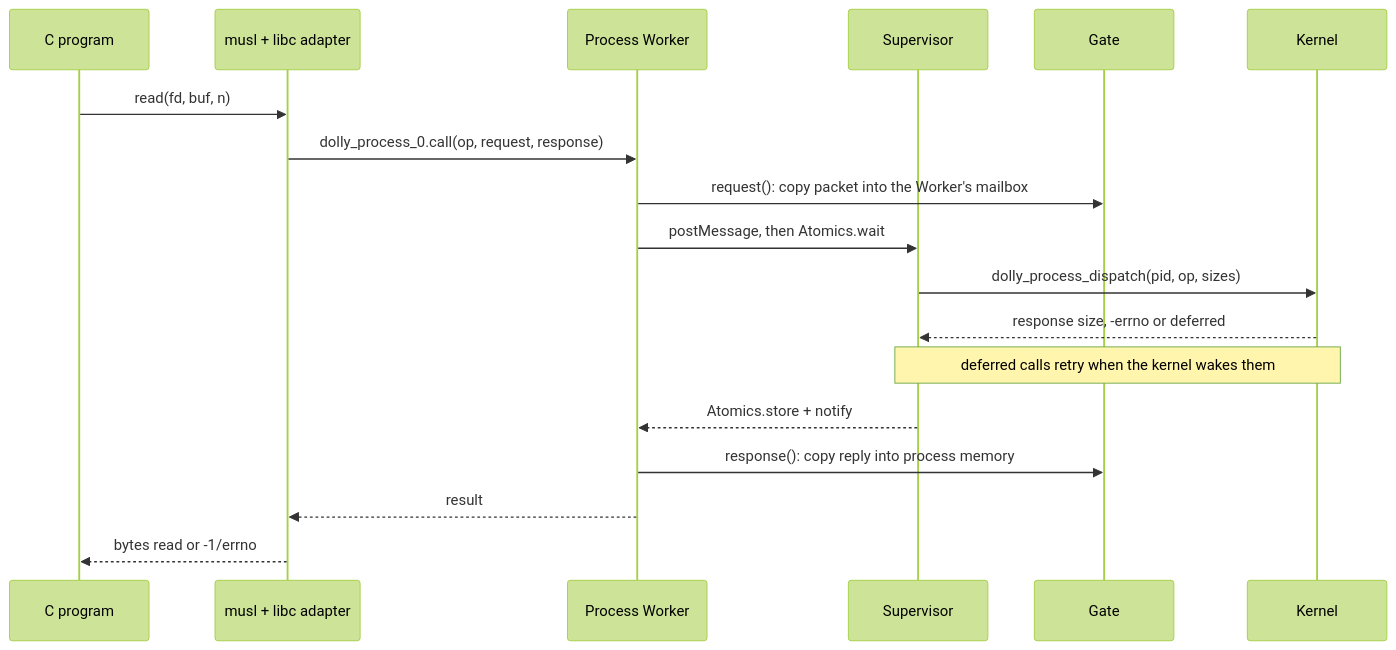
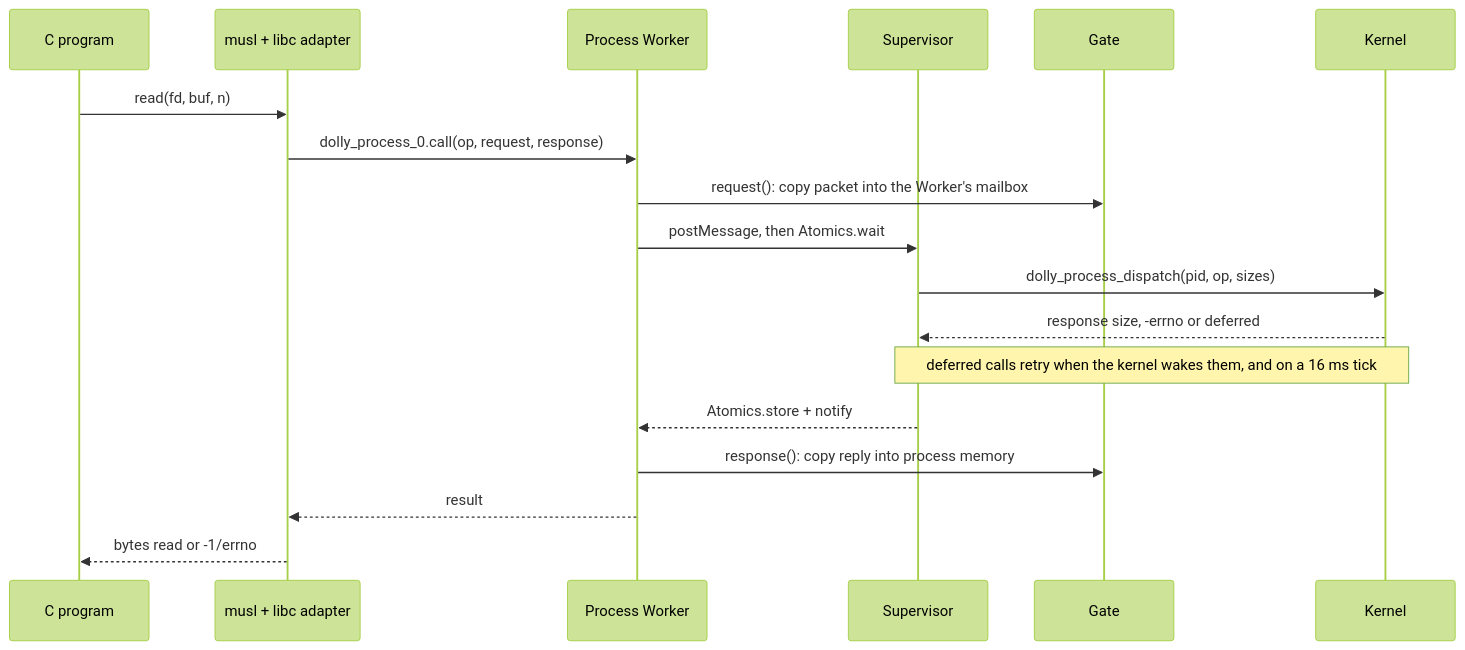
Before and after one commit to daugasauron/dolly: the second of 3 diagrams in docs/architecture.md, drawn with Mermaid (forest theme). The commit also changed other lines of this file and 21 other files, not shown here.

````diff
--- a/docs/architecture.md
+++ b/docs/architecture.md
@@ -65,20 +65,20 @@
 ```mermaid
 sequenceDiagram
   participant P as C program
   participant L as musl + libc adapter
   participant W as Process Worker
   participant S as Supervisor
   participant G as Gate
   participant K as Kernel
   P->>L: read(fd, buf, n)
   L->>W: dolly_process_0.call(op, request, response)
   W->>G: request(): copy packet into the Worker's mailbox
   W->>S: postMessage, then Atomics.wait
   S->>K: dolly_process_dispatch(pid, op, sizes)
   K-->>S: response size, -errno or deferred
-  Note over S,K: deferred calls retry when the kernel wakes them
+  Note over S,K: deferred calls retry when the kernel wakes them, and on a 16 ms tick
   S-->>W: Atomics.store + notify
   W->>G: response(): copy reply into process memory
   W-->>L: result
   L-->>P: bytes read or -1/errno
 ```
````
